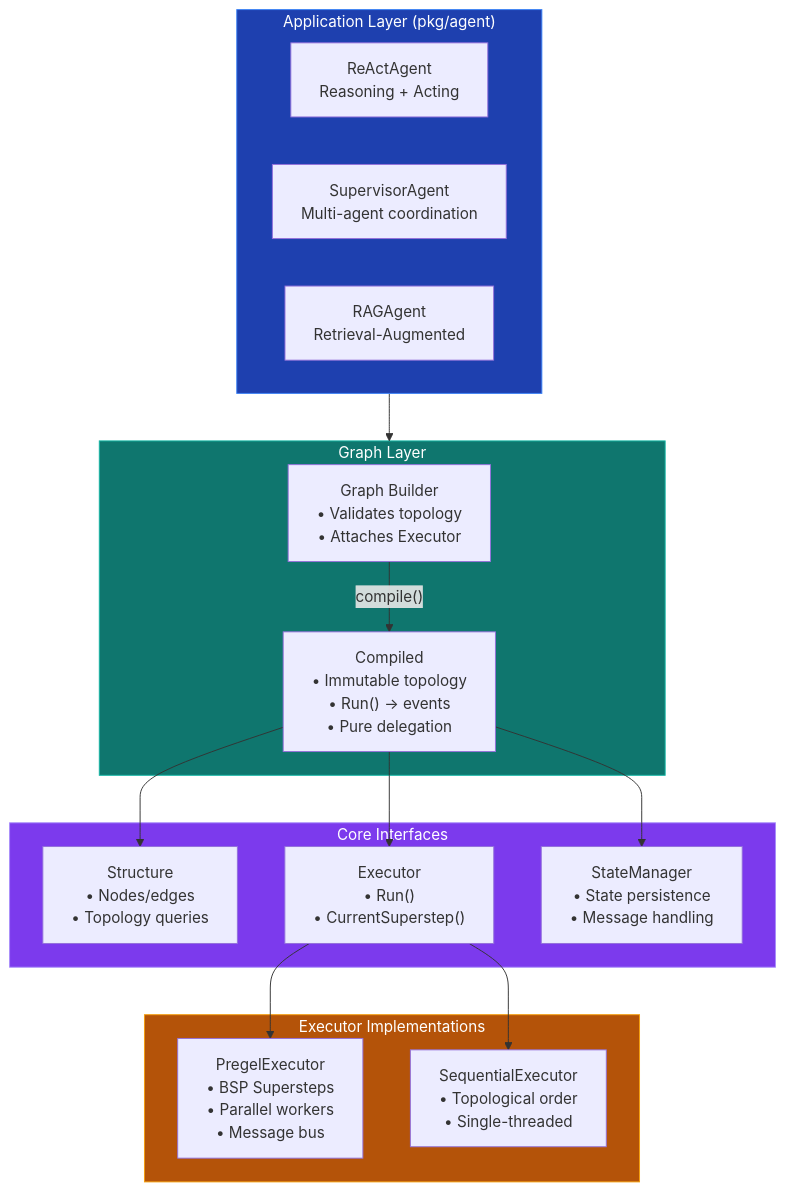
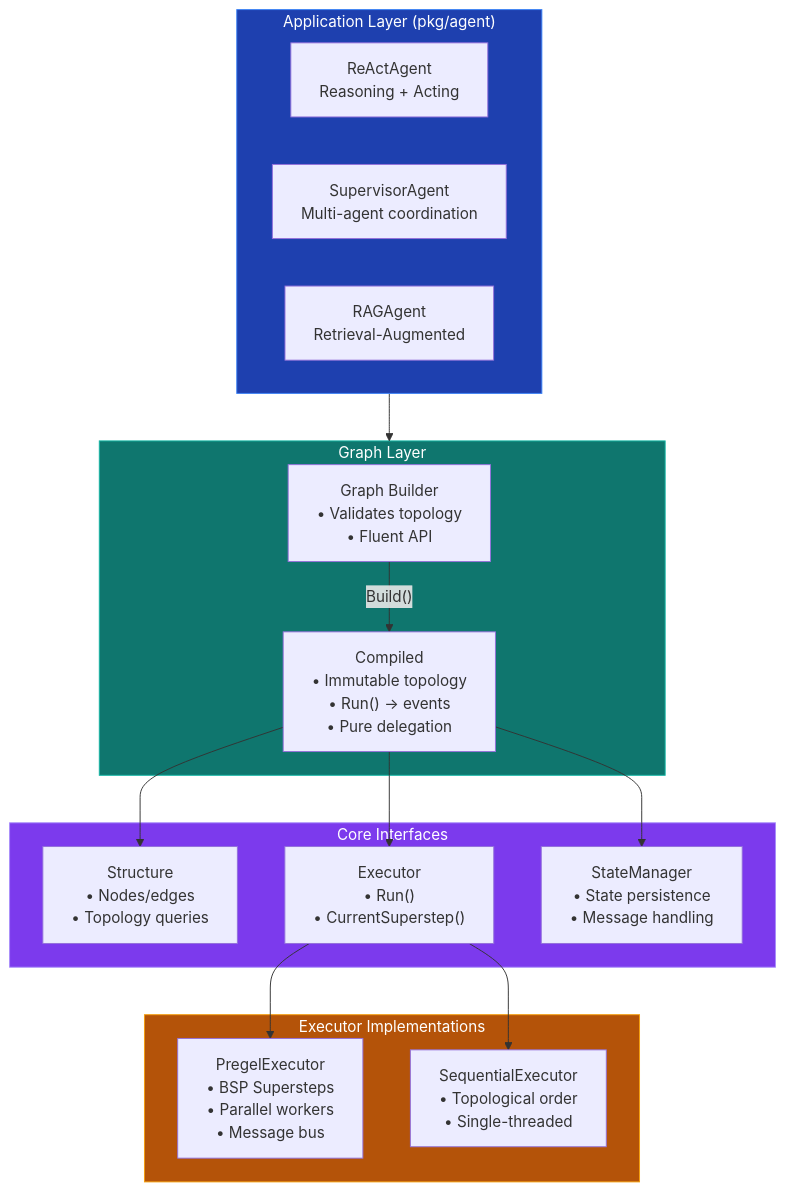
One commit to hupe1980/agentmesh changed the first of 2 diagrams in docs/architecture.md. Above: the diagram before and after it, drawn with Mermaid. The commit also changed other lines of this file and 199 other files, not shown here.

```diff
--- a/docs/architecture.md
+++ b/docs/architecture.md
@@ -42,37 +42,37 @@
 <div class="mermaid">
 graph TB
     subgraph Application["Application Layer (pkg/agent)"]
         ReAct["ReActAgent<br/>Reasoning + Acting"]
         Supervisor["SupervisorAgent<br/>Multi-agent coordination"]
         RAG["RAGAgent<br/>Retrieval-Augmented"]
     end
     
     subgraph GraphLayer["Graph Layer"]
-        Builder["Graph Builder<br/>• Validates topology<br/>• Attaches Executor"]
+        Builder["Graph Builder<br/>• Validates topology<br/>• Fluent API"]
         Compiled["Compiled<br/>• Immutable topology<br/>• Run() → events<br/>• Pure delegation"]
     end
     
     subgraph Interfaces["Core Interfaces"]
         Structure["Structure<br/>• Nodes/edges<br/>• Topology queries"]
         Executor["Executor<br/>• Run()<br/>• CurrentSuperstep()"]
         StateManager["StateManager<br/>• State persistence<br/>• Message handling"]
     end
     
     subgraph Executors["Executor Implementations"]
         Pregel["PregelExecutor<br/>• BSP Supersteps<br/>• Parallel workers<br/>• Message bus"]
         Simple["SequentialExecutor<br/>• Topological order<br/>• Single-threaded"]
     end
     
     Application --> GraphLayer
-    Builder -->|"compile()"| Compiled
+    Builder -->|"Build()"| Compiled
     Compiled --> Structure
     Compiled --> Executor
     Compiled --> StateManager
     Executor --> Pregel
     Executor --> Simple
     
     style Application fill:#1e40af,stroke:#3b82f6,color:#fff
     style GraphLayer fill:#0f766e,stroke:#14b8a6,color:#fff
     style Interfaces fill:#7c3aed,stroke:#a78bfa,color:#fff
     style Executors fill:#b45309,stroke:#f59e0b,color:#fff
 </div>
```
